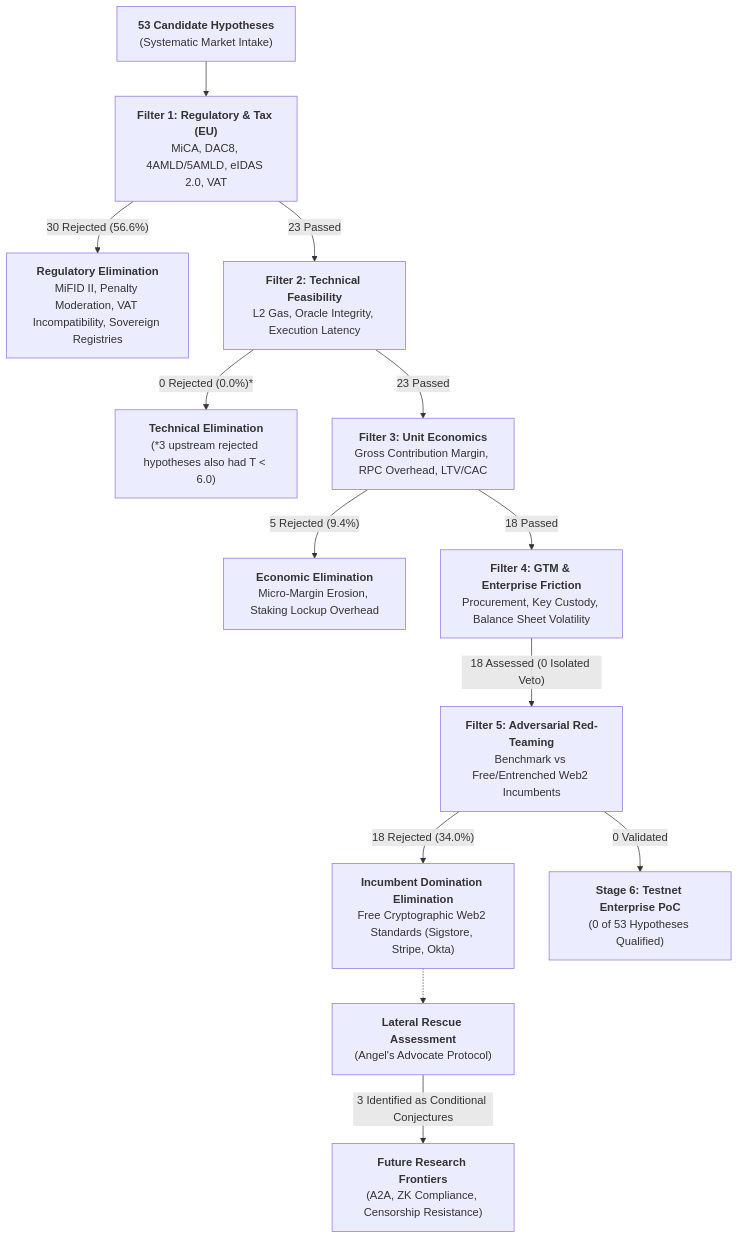
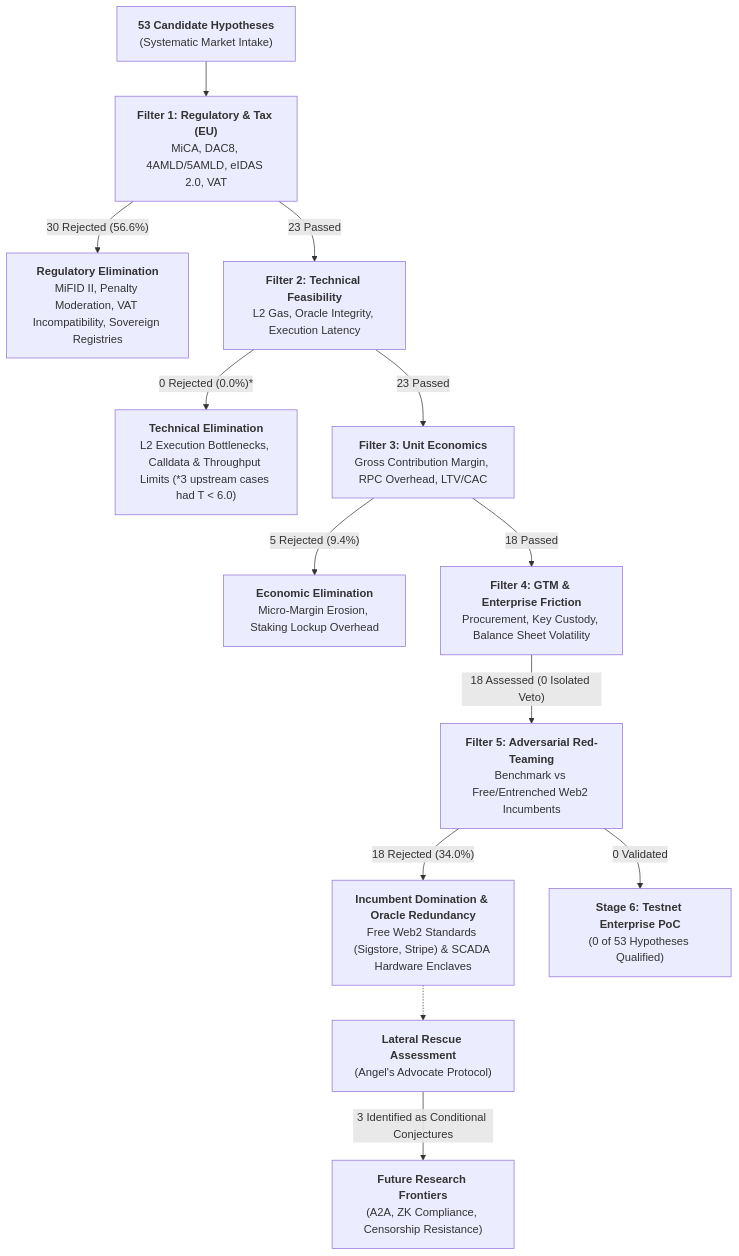
The first of 2 diagrams in src/technical_report_web3_viability_en.md (jlcostumero/b2b-smart-contracts-feasibility), drawn with Mermaid before and after one commit. The commit also changed other lines of this file and 10 other files, not shown here.

````diff
--- a/src/technical_report_web3_viability_en.md
+++ b/src/technical_report_web3_viability_en.md
@@ -61,22 +61,22 @@
 ```mermaid
 flowchart TD
     H["<b>53 Candidate Hypotheses</b><br/>(Systematic Market Intake)"] --> F1["<b>Filter 1: Regulatory & Tax (EU)</b><br/>MiCA, DAC8, 4AMLD/5AMLD, eIDAS 2.0, VAT"]
     
     F1 -- "30 Rejected (56.6%)" --> D1["<b>Regulatory Elimination</b><br/>MiFID II, Penalty Moderation, VAT Incompatibility, Sovereign Registries"]
     F1 -- "23 Passed" --> F2["<b>Filter 2: Technical Feasibility</b><br/>L2 Gas, Oracle Integrity, Execution Latency"]
     
-    F2 -- "0 Rejected (0.0%)*" --> D2["<b>Technical Elimination</b><br/>(*3 upstream rejected hypotheses also had T < 6.0)"]
+    F2 -- "0 Rejected (0.0%)*" --> D2["<b>Technical Elimination</b><br/>L2 Execution Bottlenecks, Calldata & Throughput Limits (*3 upstream cases had T < 6.0)"]
     F2 -- "23 Passed" --> F3["<b>Filter 3: Unit Economics</b><br/>Gross Contribution Margin, RPC Overhead, LTV/CAC"]
     
     F3 -- "5 Rejected (9.4%)" --> D3["<b>Economic Elimination</b><br/>Micro-Margin Erosion, Staking Lockup Overhead"]
     F3 -- "18 Passed" --> F4["<b>Filter 4: GTM & Enterprise Friction</b><br/>Procurement, Key Custody, Balance Sheet Volatility"]
     
     F4 -- "18 Assessed (0 Isolated Veto)" --> F5["<b>Filter 5: Adversarial Red-Teaming</b><br/>Benchmark vs Free/Entrenched Web2 Incumbents"]
     
-    F5 -- "18 Rejected (34.0%)" --> D5["<b>Incumbent Domination Elimination</b><br/>Free Cryptographic Web2 Standards (Sigstore, Stripe, Okta)"]
+    F5 -- "18 Rejected (34.0%)" --> D5["<b>Incumbent Domination & Oracle Redundancy</b><br/>Free Web2 Standards (Sigstore, Stripe) & SCADA Hardware Enclaves"]
     
     D5 -.-> ANG["<b>Lateral Rescue Assessment</b><br/>(Angel's Advocate Protocol)"]
     ANG -- "3 Identified as Conditional Conjectures" --> FRONTIER["<b>Future Research Frontiers</b><br/>(A2A, ZK Compliance, Censorship Resistance)"]
     
     F5 -- "0 Validated" --> POC["<b>Stage 6: Testnet Enterprise PoC</b><br/>(0 of 53 Hypotheses Qualified)"]
 ```
````
